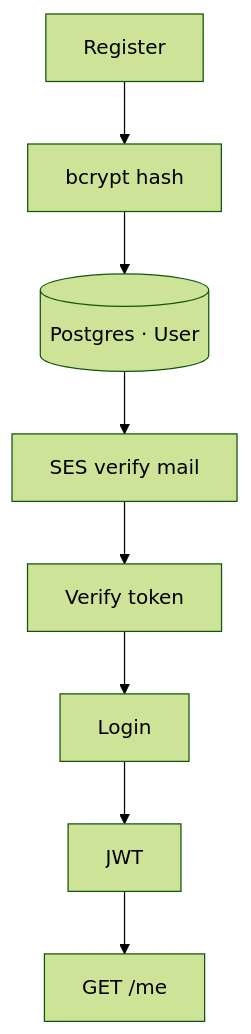
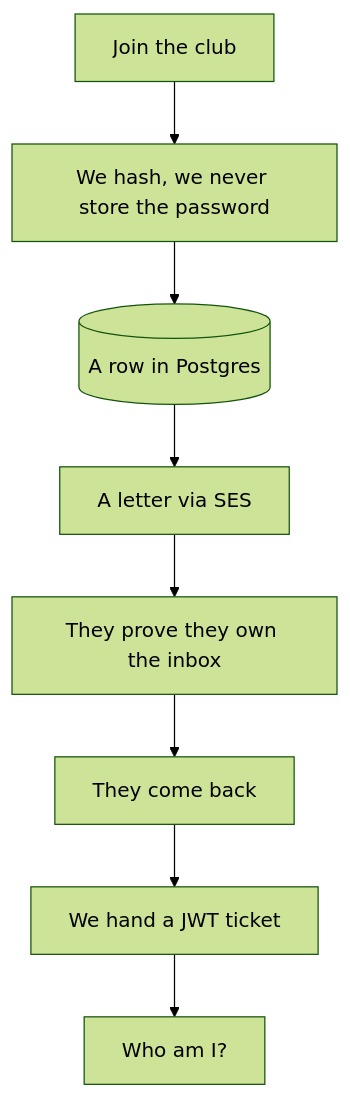
One commit to sreecharan-desu/hackx-slides changed the diagram in content/tracks/backend-from-zero/lessons/09-auth-flow-big-picture.md. Above: the diagram before and after it, drawn with Mermaid (forest theme). The commit also changed other lines of this file and 35 other files, not shown here.

````diff
--- a/content/tracks/backend-from-zero/lessons/09-auth-flow-big-picture.md
+++ b/content/tracks/backend-from-zero/lessons/09-auth-flow-big-picture.md
@@ -10,10 +12,10 @@
 ```mermaid
 flowchart TB
-  R[Register] --> H[bcrypt hash]
-  H --> U[(Postgres · User)]
-  U --> M[SES verify mail]
-  M --> V[Verify token]
-  V --> L[Login]
-  L --> J[JWT]
-  J --> ME[GET /me]
+  R[Join the club] --> H[We hash, we never store the password]
+  H --> U[(A row in Postgres)]
+  U --> M[A letter via SES]
+  M --> V[They prove they own the inbox]
+  V --> L[They come back]
+  L --> J[We hand a JWT ticket]
+  J --> ME[Who am I?]
 ```
````
